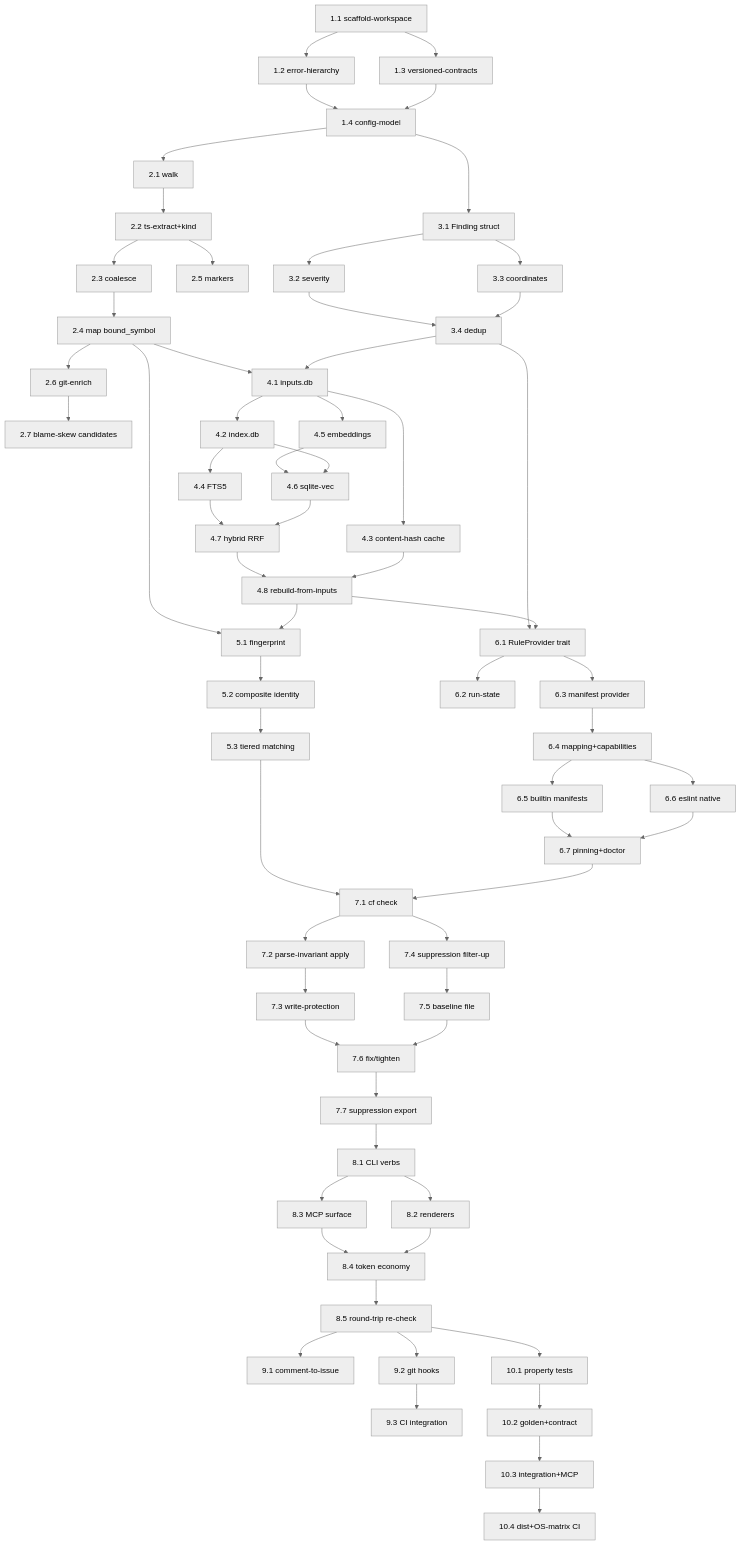
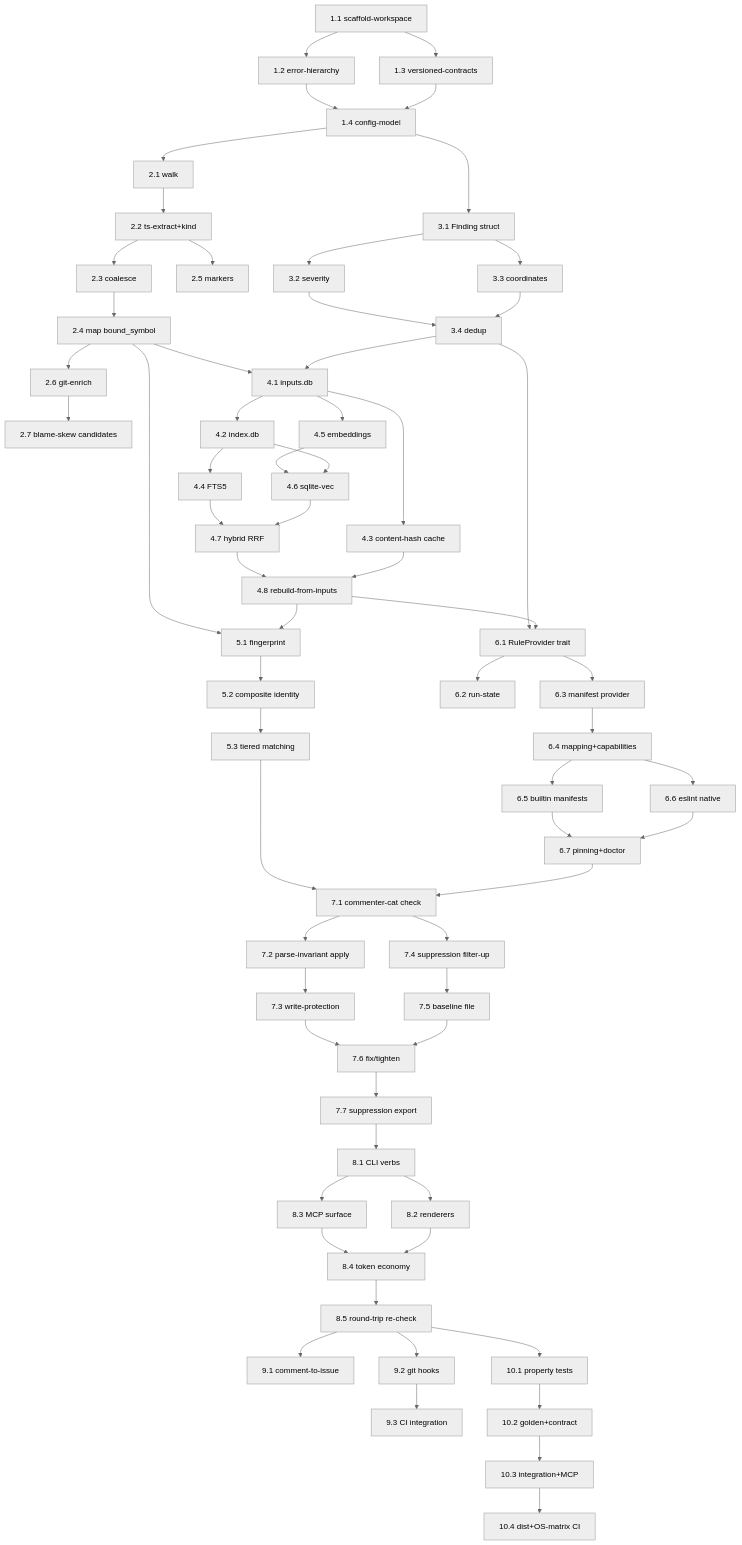
The diagram in Docs/2026-06-15-build-commenter-cat-engine/7-Execution.md (msaidbilgehan/Commenter-Cat), drawn with Mermaid (neutral theme) before and after one commit. The commit also changed other lines of this file and 268 other files, not shown here.

First line of the commit message:
refactor(naming)!: retire cf, standardize on commenter-cat

```diff
--- a/Docs/2026-06-15-build-commenter-cat-engine/7-Execution.md
+++ b/Docs/2026-06-15-build-commenter-cat-engine/7-Execution.md
@@ -82,7 +82,7 @@
   T6_6 --> T6_7
 
   %% Phase 7 — Operations (after P5 + P6)
-  T5_3 --> T7_1[7.1 cf check]
+  T5_3 --> T7_1[7.1 commenter-cat check]
   T6_7 --> T7_1
   T7_1 --> T7_2[7.2 parse-invariant apply]
   T7_2 --> T7_3[7.3 write-protection]
```
